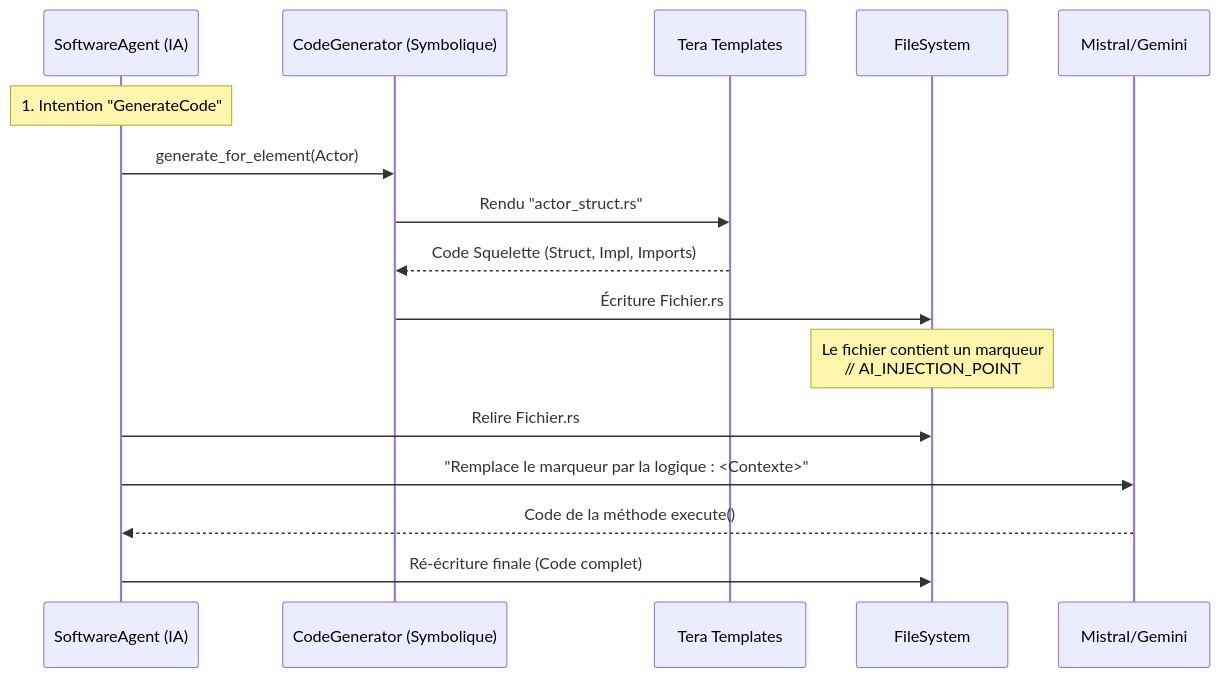
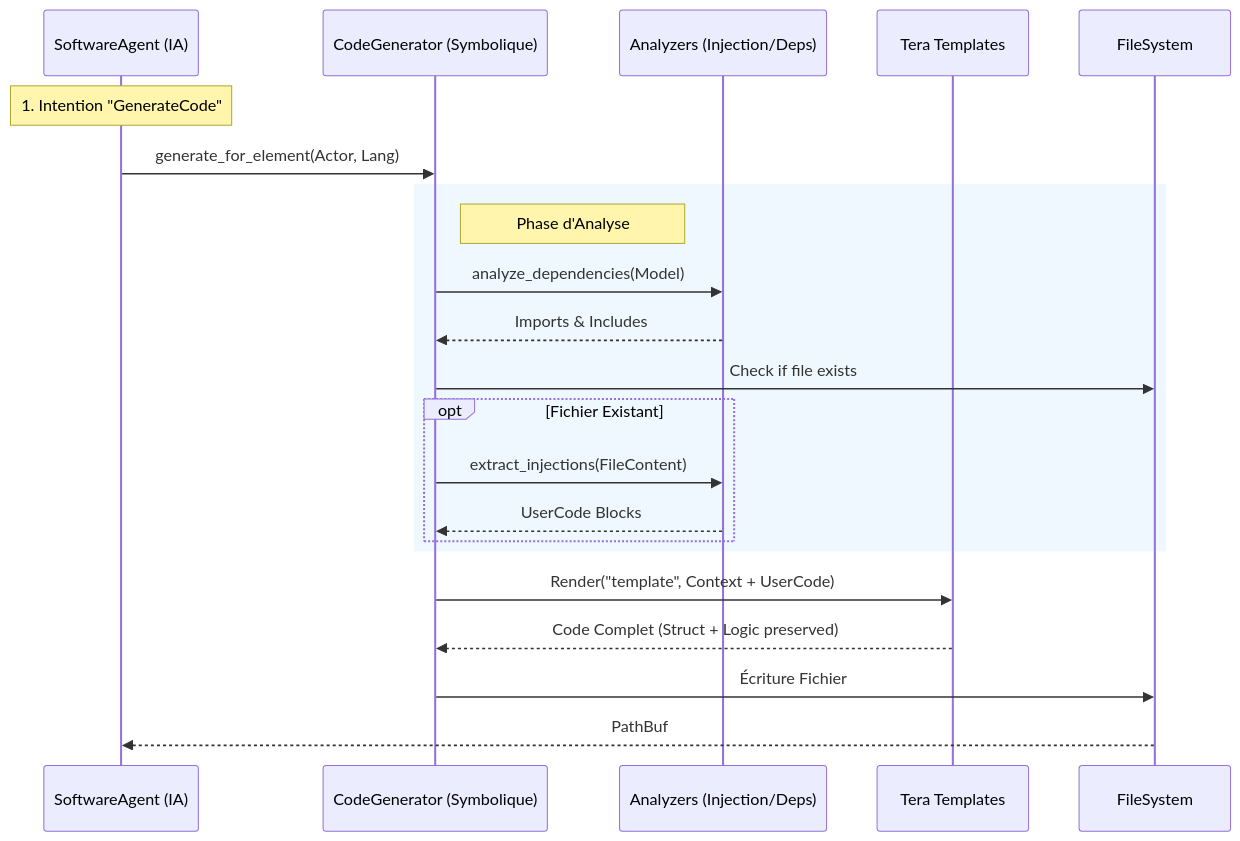
The diagram in src-tauri/src/code_generator/README.md (Condorcet-Continuum/raise), drawn with Mermaid before and after one commit. The commit also changed other lines of this file and 124 other files, not shown here.

First line of the commit message:
feat(model): finalisation architecture, validation et documentation

````diff
--- a/src-tauri/src/code_generator/README.md
+++ b/src-tauri/src/code_generator/README.md
@@ -18,21 +16,29 @@
 ```mermaid
 sequenceDiagram
     participant Agent as SoftwareAgent (IA)
     participant Gen as CodeGenerator (Symbolique)
+    participant Analyzer as Analyzers (Injection/Deps)
     participant Tpl as Tera Templates
     participant FS as FileSystem
-    participant LLM as Mistral/Gemini
 
     Note over Agent: 1. Intention "GenerateCode"
-    Agent->>Gen: generate_for_element(Actor)
-    Gen->>Tpl: Rendu "actor_struct.rs"
-    Tpl-->>Gen: Code Squelette (Struct, Impl, Imports)
-    Gen->>FS: Écriture Fichier.rs
+    Agent->>Gen: generate_for_element(Actor, Lang)
 
-    Note over FS: Le fichier contient un marqueur<br/>// AI_INJECTION_POINT
+    rect rgb(240, 248, 255)
+        Note right of Gen: Phase d'Analyse
+        Gen->>Analyzer: analyze_dependencies(Model)
+        Analyzer-->>Gen: Imports & Includes
 
-    Agent->>FS: Relire Fichier.rs
-    Agent->>LLM: "Remplace le marqueur par la logique : <Contexte>"
-    LLM-->>Agent: Code de la méthode execute()
-    Agent->>FS: Ré-écriture finale (Code complet)
+        Gen->>FS: Check if file exists
+        opt Fichier Existant
+            Gen->>Analyzer: extract_injections(FileContent)
+            Analyzer-->>Gen: UserCode Blocks
+        end
+    end
+
+    Gen->>Tpl: Render("template", Context + UserCode)
+    Tpl-->>Gen: Code Complet (Struct + Logic preserved)
+    Gen->>FS: Écriture Fichier
+    FS-->>Agent: PathBuf
+
 ```
````
